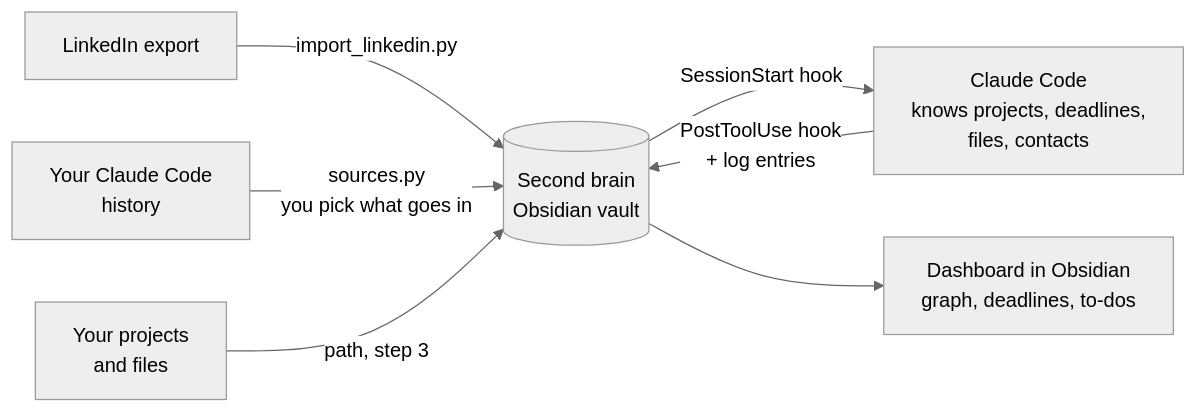
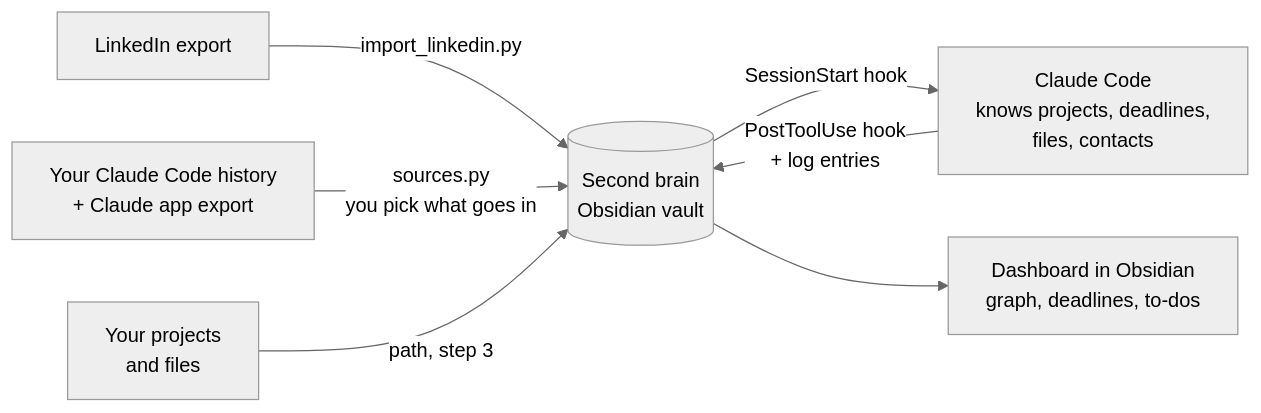
The diagram in README.md (arthurengstler-ux/second-brain-path), drawn with Mermaid (neutral theme) before and after one commit. The commit also changed other lines of this file and 4 other files, not shown here.

First line of the commit message:
Claude app / claude.ai export as a source, with how-to

````diff
--- a/README.md
+++ b/README.md
@@ -24,9 +24,9 @@
 ```mermaid
 flowchart LR
     A[LinkedIn export] -->|import_linkedin.py| V[(Second brain<br/>Obsidian vault)]
-    H[Your Claude Code<br/>history] -->|sources.py<br/>you pick what goes in| V
+    H[Your Claude Code history<br/>+ Claude app export] -->|sources.py<br/>you pick what goes in| V
     P[Your projects<br/>and files] -->|path, step 3| V
     V -->|SessionStart hook| C[Claude Code<br/>knows projects, deadlines,<br/>files, contacts]
     C -->|PostToolUse hook<br/>+ log entries| V
     V --> D[Dashboard in Obsidian<br/>graph, deadlines, to-dos]
 ```
````
